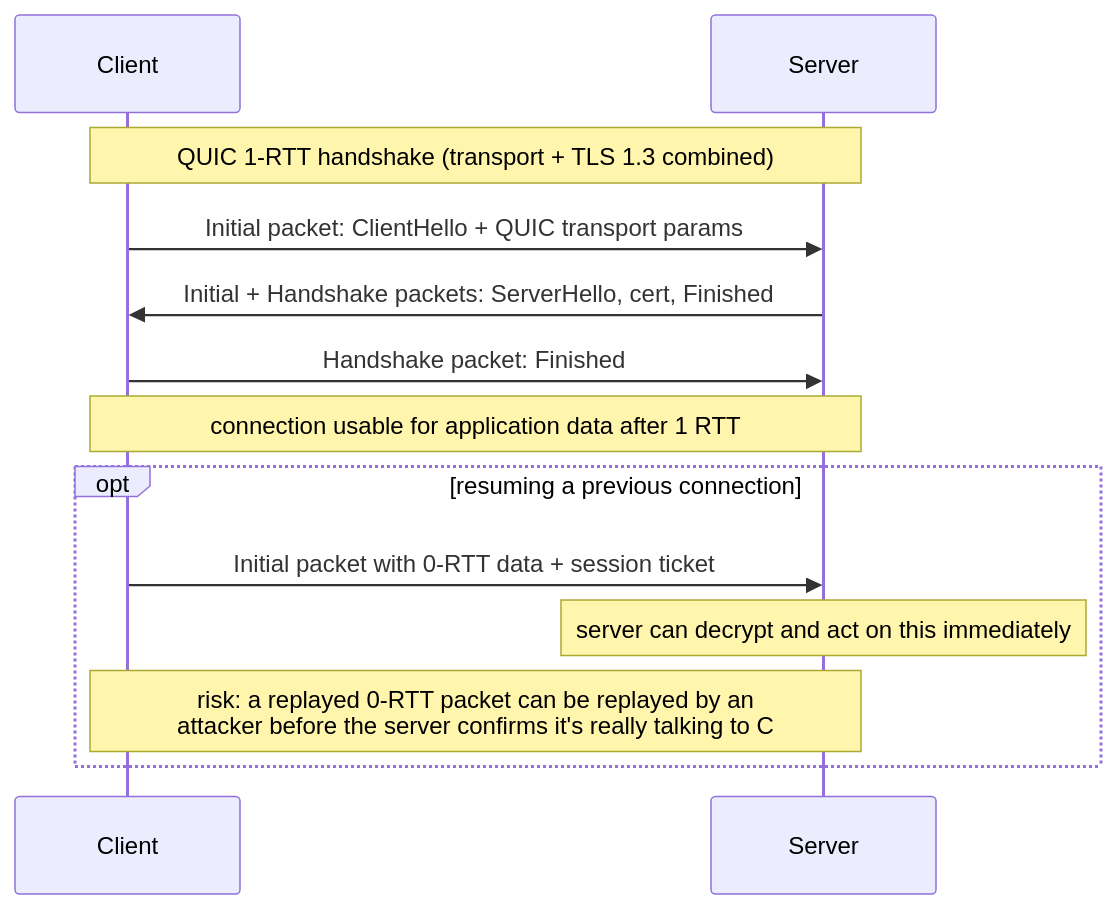
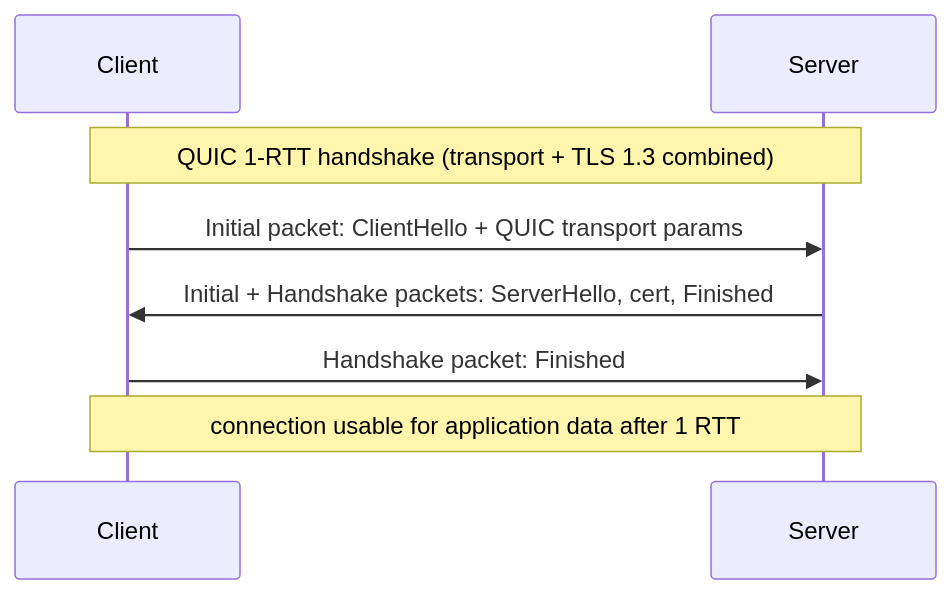
Before and after one commit to PriyanshuMidha/System_Design_notes: the fourth of 8 diagrams in 02 Networking & Web/UDP and QUIC.md, drawn with Mermaid. The commit also changed other lines of this file and 215 other files, not shown here.

````diff
--- a/02 Networking & Web/UDP and QUIC.md
+++ b/02 Networking & Web/UDP and QUIC.md
@@ -90,15 +144,10 @@
 ```mermaid
 sequenceDiagram
     participant C as Client
     participant S as Server
     Note over C,S: QUIC 1-RTT handshake (transport + TLS 1.3 combined)
     C->>S: Initial packet: ClientHello + QUIC transport params
     S->>C: Initial + Handshake packets: ServerHello, cert, Finished
     C->>S: Handshake packet: Finished
     Note over C,S: connection usable for application data after 1 RTT
-    opt resuming a previous connection
-        C->>S: Initial packet with 0-RTT data + session ticket
-        Note over S: server can decrypt and act on this immediately
-        Note over C,S: risk: a replayed 0-RTT packet can be replayed by an<br/>attacker before the server confirms it's really talking to C
-    end
 ```
````
